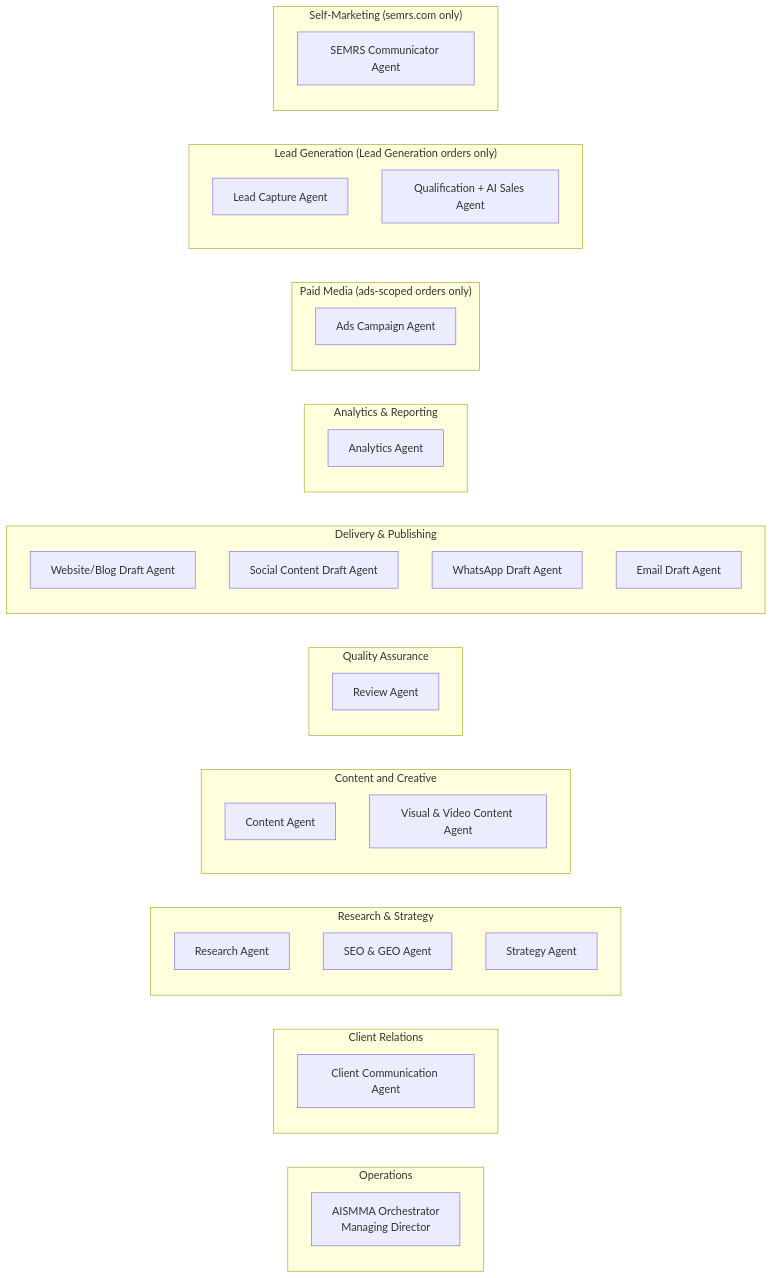
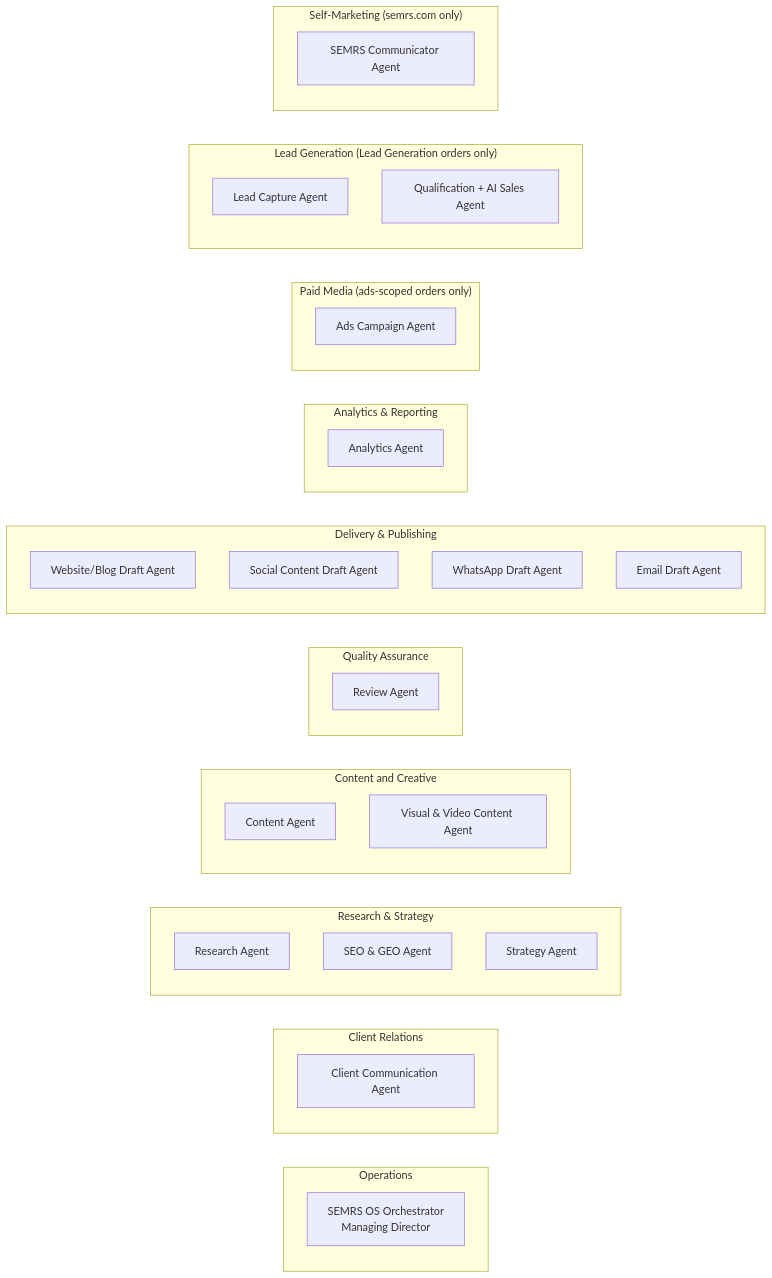
Before and after one commit to guestblogob-boop/SEMRS-MAM-System: the second of 3 diagrams in CLAUDE.md, drawn with Mermaid. The commit also changed other lines of this file and 5 other files, not shown here.

````diff
--- a/CLAUDE.md
+++ b/CLAUDE.md
@@ -1031,44 +1031,44 @@
 ```mermaid
 flowchart LR
     subgraph OPS["Operations"]
-        ORCH2["AISMMA Orchestrator<br/>Managing Director"]
+        ORCH2["SEMRS OS Orchestrator<br/>Managing Director"]
     end
     subgraph CR["Client Relations"]
         CC2["Client Communication Agent"]
     end
     subgraph RS["Research & Strategy"]
         direction TB
         RES2["Research Agent"]
         SEOG2["SEO & GEO Agent"]
         STRAT2["Strategy Agent"]
     end
     subgraph CRE["Content and Creative"]
         direction TB
         CONT2["Content Agent"]
         VIS2["Visual & Video Content Agent"]
     end
     subgraph QA["Quality Assurance"]
         REV2["Review Agent"]
     end
     subgraph DP["Delivery & Publishing"]
         direction TB
         WEB2["Website/Blog Draft Agent"]
         SOC2["Social Content Draft Agent"]
         WA2["WhatsApp Draft Agent"]
         EM2["Email Draft Agent"]
     end
     subgraph AR["Analytics & Reporting"]
         AN2["Analytics Agent"]
     end
     subgraph PM["Paid Media (ads-scoped orders only)"]
         ADS2["Ads Campaign Agent"]
     end
     subgraph LG["Lead Generation (Lead Generation orders only)"]
         direction TB
         LC2["Lead Capture Agent"]
         QS2["Qualification + AI Sales Agent"]
     end
     subgraph SM["Self-Marketing (semrs.com only)"]
         SC2["SEMRS Communicator Agent"]
     end
 ```
````
